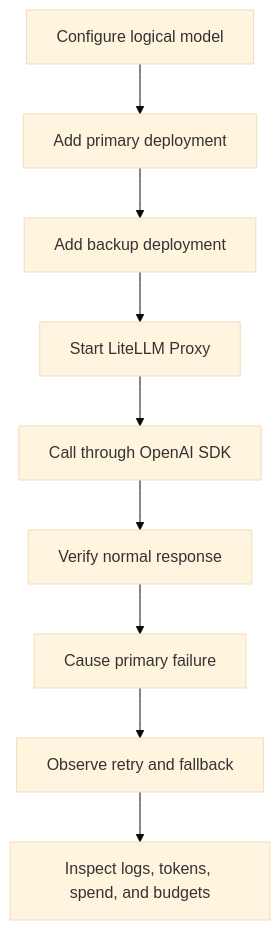
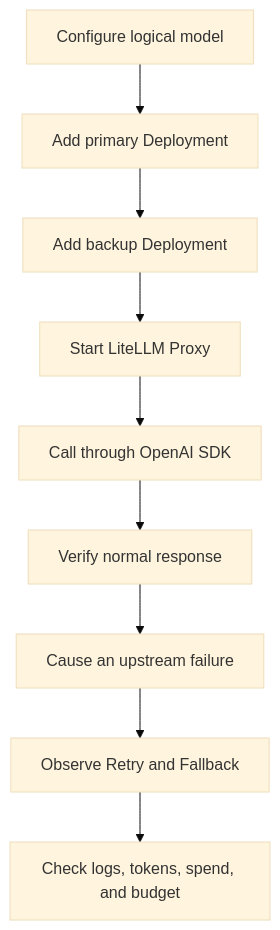
One commit to zj75968-cpu/docusaurus changed diagram 11 of 11 in website/i18n/en/docusaurus-plugin-content-docs/current/knowledge-base/guides/litellm-project-guide.md. Above: the diagram before and after it, drawn with Mermaid (base theme). The commit also changed other lines of this file and 1 other file, not shown here.

````diff
--- a/website/i18n/en/docusaurus-plugin-content-docs/current/knowledge-base/guides/litellm-project-guide.md
+++ b/website/i18n/en/docusaurus-plugin-content-docs/current/knowledge-base/guides/litellm-project-guide.md
@@ -470,11 +494,11 @@
 ```mermaid
 flowchart TD
-    A["Configure logical model"] --> B["Add primary deployment"]
-    B --> C["Add backup deployment"]
+    A["Configure logical model"] --> B["Add primary Deployment"]
+    B --> C["Add backup Deployment"]
     C --> D["Start LiteLLM Proxy"]
     D --> E["Call through OpenAI SDK"]
     E --> F["Verify normal response"]
-    F --> G["Cause primary failure"]
-    G --> H["Observe retry and fallback"]
-    H --> I["Inspect logs, tokens, spend, and budgets"]
+    F --> G["Cause an upstream failure"]
+    G --> H["Observe Retry and Fallback"]
+    H --> I["Check logs, tokens, spend, and budget"]
 ```
````
